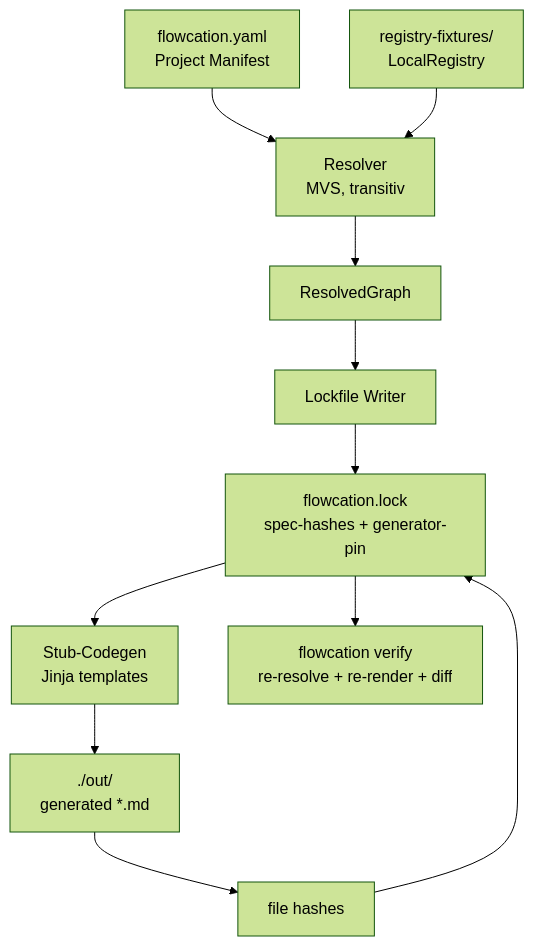
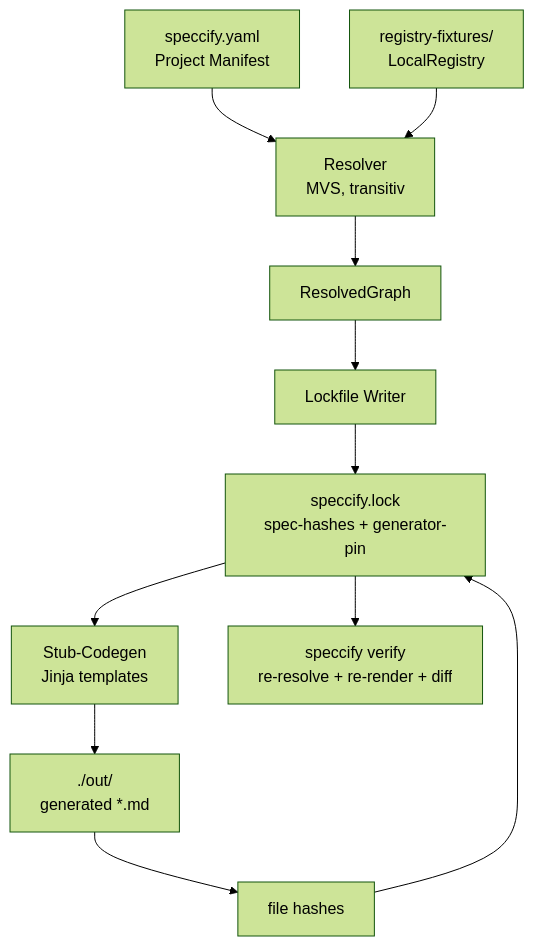
The diagram in .agent/plans/phase-1a-resolver-lockfile.md (mhennemeyer/speccify), drawn with Mermaid (forest theme) before and after one commit. The commit also changed other lines of this file and 33 other files, not shown here.

First line of the commit message:
chore(rebrand): rename flowcation to speccify

````diff
--- a/.agent/plans/phase-1a-resolver-lockfile.md
+++ b/.agent/plans/phase-1a-resolver-lockfile.md
@@ -287,13 +287,13 @@
 ```mermaid
 graph TD
-    M[flowcation.yaml<br/>Project Manifest] --> R[Resolver<br/>MVS, transitiv]
+    M[speccify.yaml<br/>Project Manifest] --> R[Resolver<br/>MVS, transitiv]
     REG[registry-fixtures/<br/>LocalRegistry] --> R
     R --> RG[ResolvedGraph]
     RG --> LW[Lockfile Writer]
-    LW --> LF[flowcation.lock<br/>spec-hashes + generator-pin]
+    LW --> LF[speccify.lock<br/>spec-hashes + generator-pin]
     LF --> CG[Stub-Codegen<br/>Jinja templates]
     CG --> OUT[./out/<br/>generated *.md]
     OUT --> H[file hashes]
     H --> LF
-    LF --> V[flowcation verify<br/>re-resolve + re-render + diff]
+    LF --> V[speccify verify<br/>re-resolve + re-render + diff]
 ```
````
